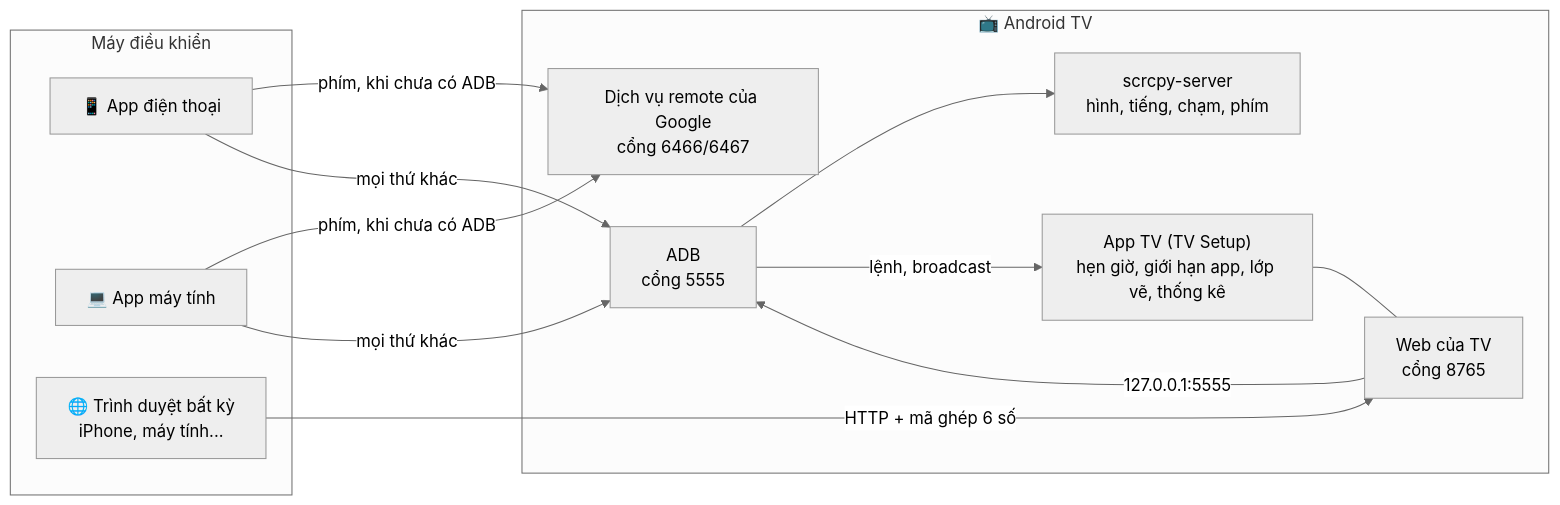
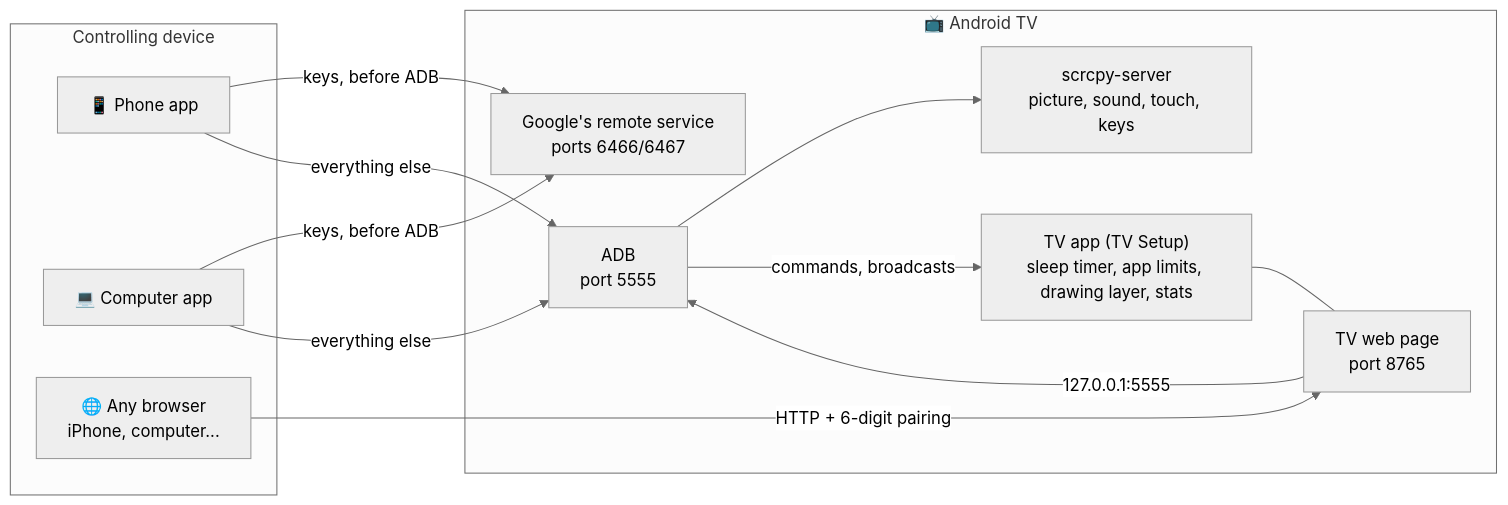
One commit to 9000000/tv-remote changed the diagram in README.md. Above: the diagram before and after it, drawn with Mermaid (neutral theme). The commit also changed other lines of this file and 4 other files, not shown here.

````diff
--- a/README.md
+++ b/README.md
@@ -91,22 +96,22 @@
 ```mermaid
 flowchart LR
-    subgraph U["Máy điều khiển"]
-        PH["📱 App điện thoại"]
-        PC["💻 App máy tính"]
-        BR["🌐 Trình duyệt bất kỳ<br/>iPhone, máy tính..."]
+    subgraph U["Controlling device"]
+        PH["📱 Phone app"]
+        PC["💻 Computer app"]
+        BR["🌐 Any browser<br/>iPhone, computer..."]
     end
     subgraph TV["📺 Android TV"]
-        RP["Dịch vụ remote của Google<br/>cổng 6466/6467"]
-        ADB["ADB<br/>cổng 5555"]
-        SC["scrcpy-server<br/>hình, tiếng, chạm, phím"]
-        APP["App TV (TV Setup)<br/>hẹn giờ, giới hạn app, lớp vẽ, thống kê"]
-        WEB["Web của TV<br/>cổng 8765"]
+        RP["Google's remote service<br/>ports 6466/6467"]
+        ADB["ADB<br/>port 5555"]
+        SC["scrcpy-server<br/>picture, sound, touch, keys"]
+        APP["TV app (TV Setup)<br/>sleep timer, app limits, drawing layer, stats"]
+        WEB["TV web page<br/>port 8765"]
         ADB --> SC
-        ADB -- "lệnh, broadcast" --> APP
+        ADB -- "commands, broadcasts" --> APP
         APP --- WEB
         WEB -- "127.0.0.1:5555" --> ADB
     end
-    PH & PC -- "phím, khi chưa có ADB" --> RP
-    PH & PC -- "mọi thứ khác" --> ADB
-    BR -- "HTTP + mã ghép 6 số" --> WEB
+    PH & PC -- "keys, before ADB" --> RP
+    PH & PC -- "everything else" --> ADB
+    BR -- "HTTP + 6-digit pairing" --> WEB
 ```
````
